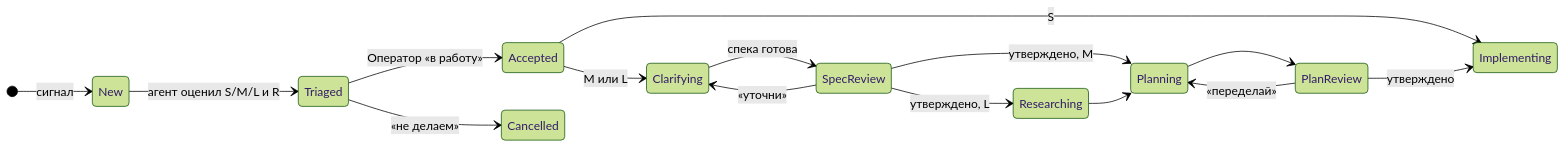
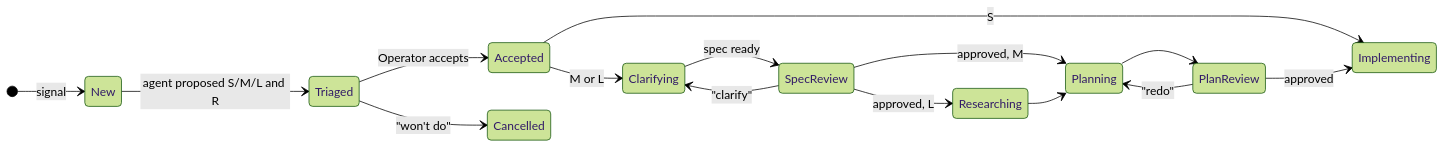
One commit to redikultsev/agentic-sdlc-atlas changed the first of 2 diagrams in deck/slides.md. Above: the diagram before and after it, drawn with Mermaid (forest theme). The commit also changed other lines of this file and 31 other files, not shown here.

````diff
--- a/deck/slides.md
+++ b/deck/slides.md
@@ -504,18 +504,18 @@
 ```mermaid {scale: 0.42}
 stateDiagram-v2
   direction LR
-  [*] --> New: сигнал
-  New --> Triaged: агент оценил S/M/L и R
-  Triaged --> Accepted: Оператор «в работу»
-  Triaged --> Cancelled: «не делаем»
+  [*] --> New: signal
+  New --> Triaged: agent proposed S/M/L and R
+  Triaged --> Accepted: Operator accepts
+  Triaged --> Cancelled: "won't do"
   Accepted --> Implementing: S
-  Accepted --> Clarifying: M или L
-  Clarifying --> SpecReview: спека готова
-  SpecReview --> Clarifying: «уточни»
-  SpecReview --> Researching: утверждено, L
-  SpecReview --> Planning: утверждено, M
+  Accepted --> Clarifying: M or L
+  Clarifying --> SpecReview: spec ready
+  SpecReview --> Clarifying: "clarify"
+  SpecReview --> Researching: approved, L
+  SpecReview --> Planning: approved, M
   Researching --> Planning
   Planning --> PlanReview
-  PlanReview --> Planning: «переделай»
-  PlanReview --> Implementing: утверждено
+  PlanReview --> Planning: "redo"
+  PlanReview --> Implementing: approved
 ```
````
